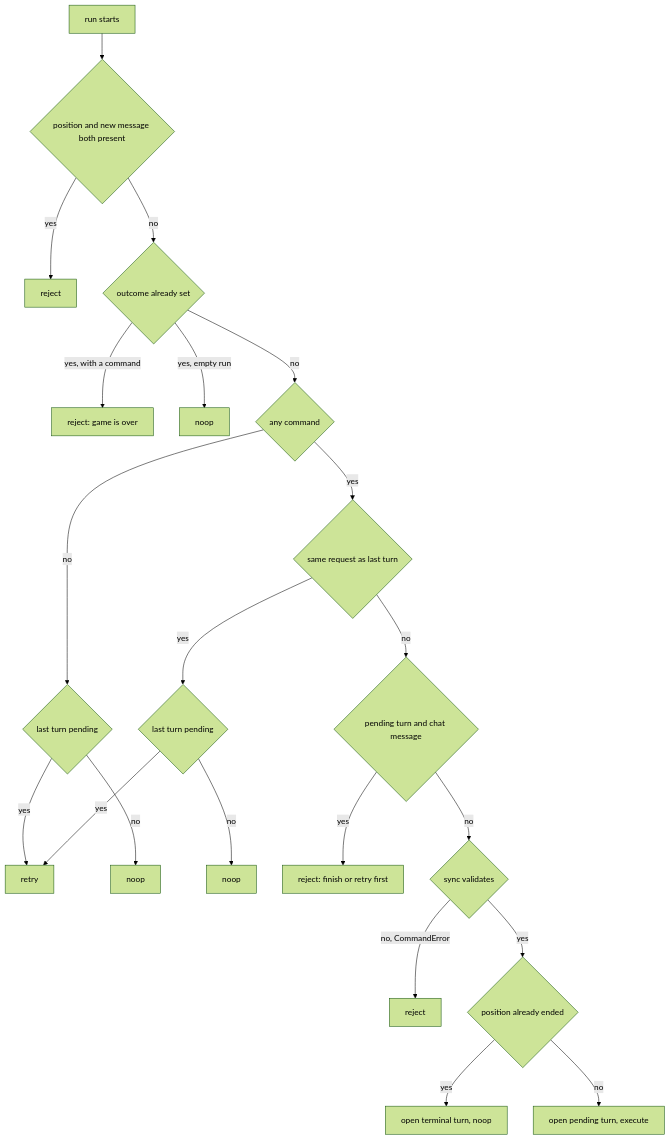
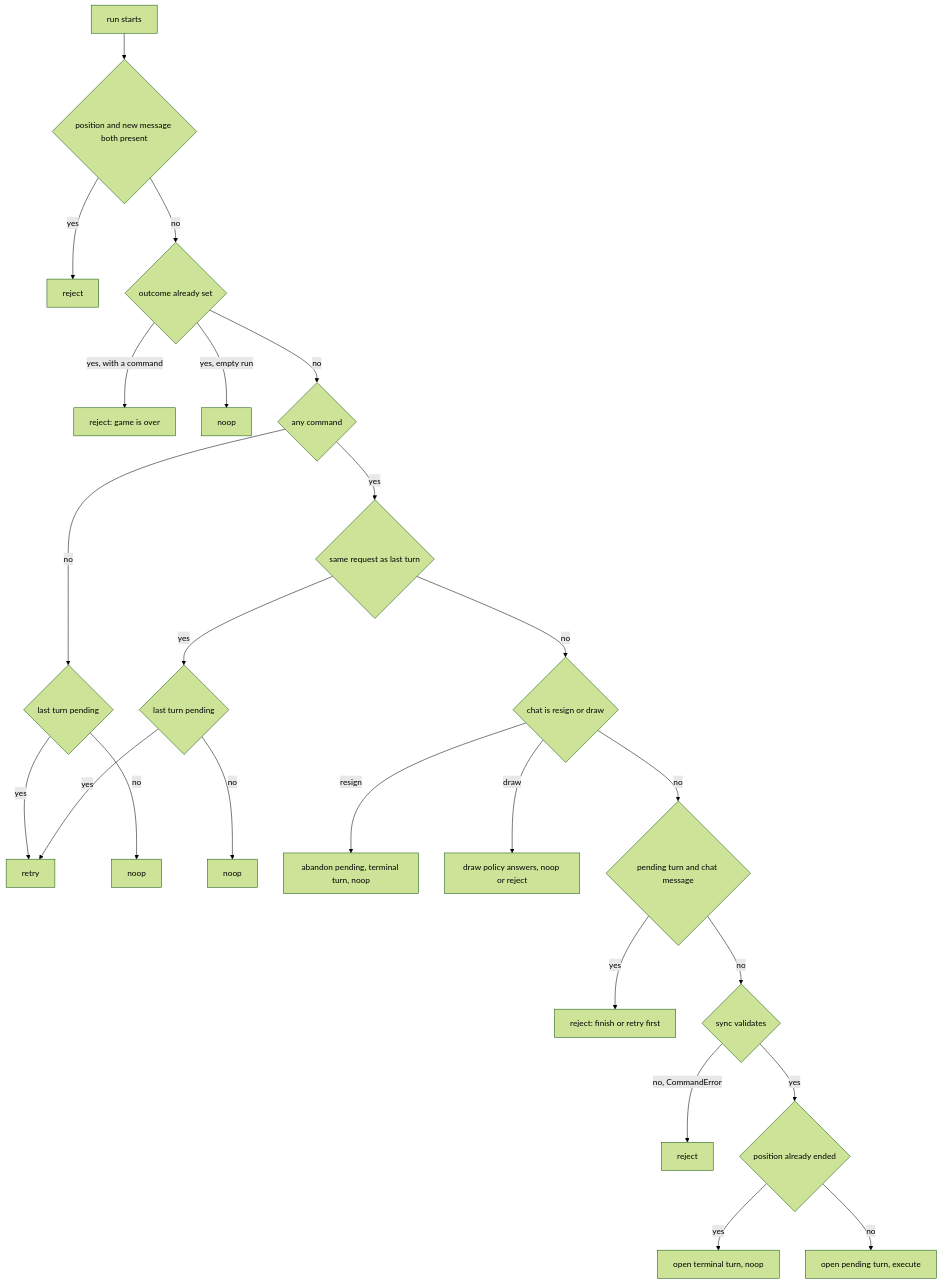
Before and after one commit to darieldatoon/langchain-chess: the second of 3 diagrams in openwiki/architecture/turn-lifecycle.md, drawn with Mermaid (forest theme). The commit also changed other lines of this file and 48 other files, not shown here.

````diff
--- a/openwiki/architecture/turn-lifecycle.md
+++ b/openwiki/architecture/turn-lifecycle.md
@@ -124,23 +130,26 @@
 ```mermaid
 flowchart TD
     A["run starts"] --> B{"position and new message both present"}
     B -- yes --> R1["reject"]
     B -- no --> C{"outcome already set"}
     C -- "yes, with a command" --> R2["reject: game is over"]
     C -- "yes, empty run" --> N1["noop"]
     C -- no --> D{"any command"}
     D -- no --> P1{"last turn pending"}
     P1 -- yes --> RT["retry"]
     P1 -- no --> N2["noop"]
     D -- yes --> E{"same request as last turn"}
     E -- yes --> P2{"last turn pending"}
     P2 -- yes --> RT
     P2 -- no --> N3["noop"]
-    E -- no --> F{"pending turn and chat message"}
+    E -- no --> K{"chat is resign or draw"}
+    K -- resign --> RS["abandon pending, terminal turn, noop"]
+    K -- draw --> DR["draw policy answers, noop or reject"]
+    K -- no --> F{"pending turn and chat message"}
     F -- yes --> R3["reject: finish or retry first"]
     F -- no --> G{"sync validates"}
     G -- "no, CommandError" --> R4["reject"]
     G -- yes --> H{"position already ended"}
     H -- yes --> T["open terminal turn, noop"]
     H -- no --> X["open pending turn, execute"]
 ```
````
